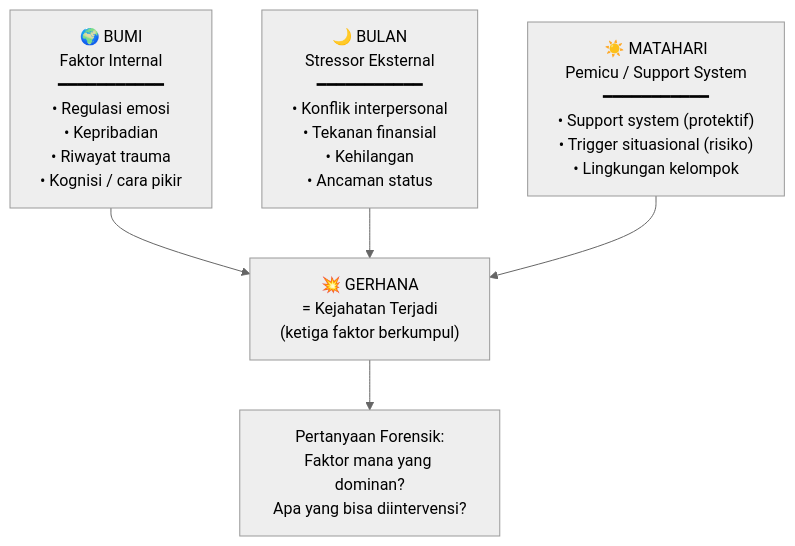
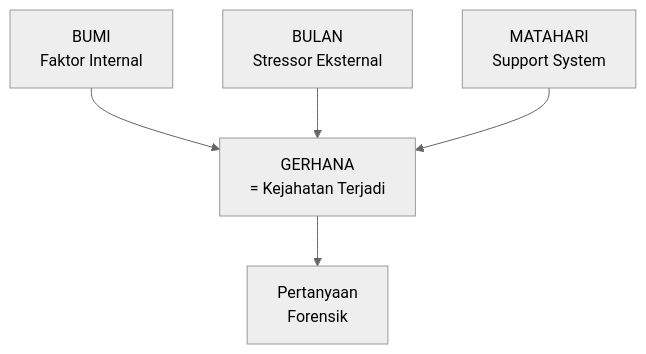
The fourth of 8 diagrams in content/Lectures/psikiatri-forensik.md (hifdzimaulana/beate-vivere), drawn with Mermaid (neutral theme) before and after one commit. The commit also changed other lines of this file and 1 other file, not shown here.

Commit message:
Fix mermaid diagrams: replace \n with <br/> and remove emojis

````diff
--- a/content/Lectures/psikiatri-forensik.md
+++ b/content/Lectures/psikiatri-forensik.md
@@ -213,13 +213,13 @@
 ```mermaid
 graph TD
-    BUMI["🌍 BUMI\nFaktor Internal\n━━━━━━━━━━━\n• Regulasi emosi\n• Kepribadian\n• Riwayat trauma\n• Kognisi / cara pikir"]
-    BULAN["🌙 BULAN\nStressor Eksternal\n━━━━━━━━━━━\n• Konflik interpersonal\n• Tekanan finansial\n• Kehilangan\n• Ancaman status"]
-    MATAHARI["☀️ MATAHARI\nPemicu / Support System\n━━━━━━━━━━━\n• Support system (protektif)\n• Trigger situasional (risiko)\n• Lingkungan kelompok"]
+    BUMI["BUMI<br/>Faktor Internal"]
+    BULAN["BULAN<br/>Stressor Eksternal"]
+    MATAHARI["MATAHARI<br/>Support System"]
 
     BUMI --> GERHANA
     BULAN --> GERHANA
     MATAHARI --> GERHANA
-    GERHANA["💥 GERHANA\n= Kejahatan Terjadi\n(ketiga faktor berkumpul)"]
+    GERHANA["GERHANA<br/>= Kejahatan Terjadi"]
 
-    GERHANA --> PR["Pertanyaan Forensik:\nFaktor mana yang dominan?\nApa yang bisa diintervensi?"]
+    GERHANA --> PR["Pertanyaan<br/>Forensik"]
 ```
````
